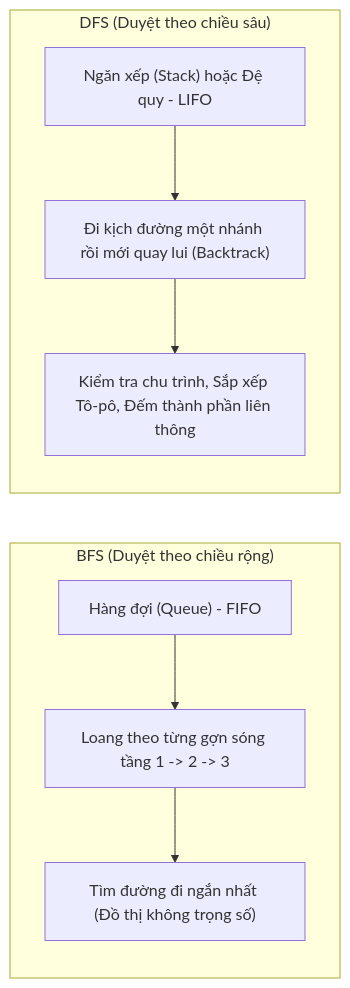
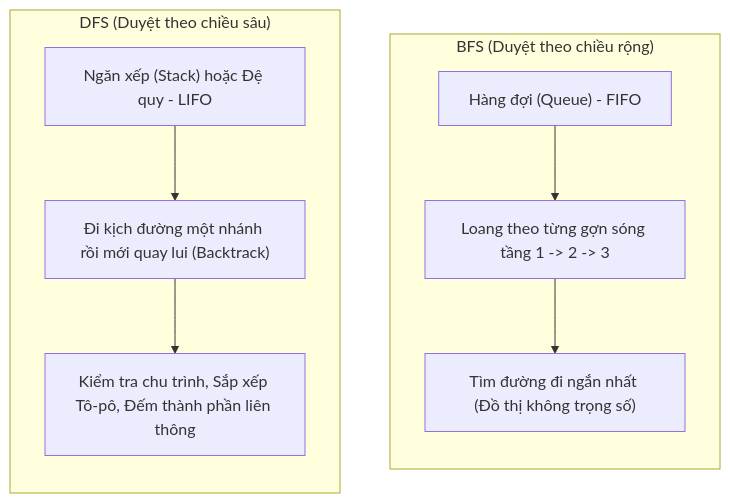
One commit to KazinMintori/StudyHub changed the diagram in docs/dsa/bai-giang/graphs.md. Above: the diagram before and after it, drawn with Mermaid. The commit also changed 77 other files, not shown here.

````diff
--- a/docs/dsa/bai-giang/graphs.md
+++ b/docs/dsa/bai-giang/graphs.md
@@ -32,18 +32,18 @@
 ```mermaid
-graph LR
+flowchart TD
     subgraph "BFS (Duyệt theo chiều rộng)"
         direction TB
         B1["Hàng đợi (Queue) - FIFO"]
         B2["Loang theo từng gợn sóng tầng 1 -> 2 -> 3"]
         B3["Tìm đường đi ngắn nhất (Đồ thị không trọng số)"]
         B1 --> B2 --> B3
     end
 
     subgraph "DFS (Duyệt theo chiều sâu)"
         direction TB
         D1["Ngăn xếp (Stack) hoặc Đệ quy - LIFO"]
         D2["Đi kịch đường một nhánh rồi mới quay lui (Backtrack)"]
         D3["Kiểm tra chu trình, Sắp xếp Tô-pô, Đếm thành phần liên thông"]
         D1 --> D2 --> D3
     end
 ```
````
